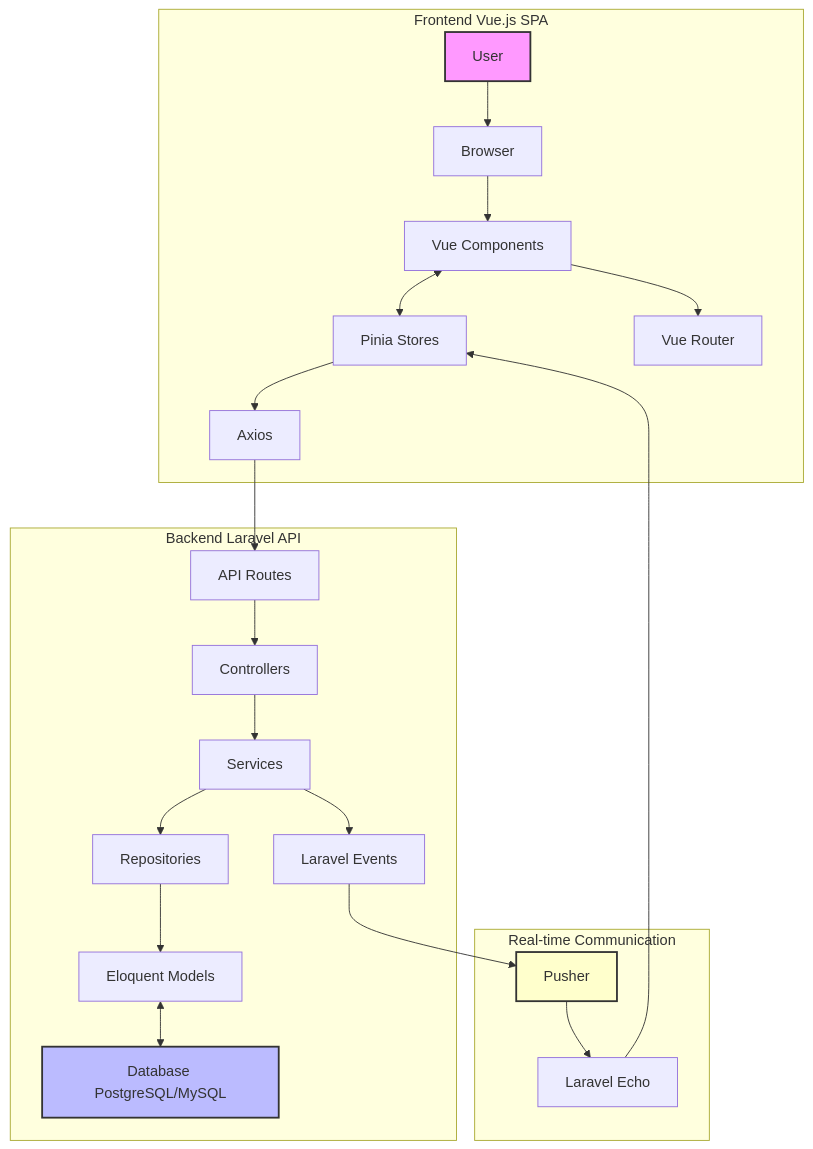
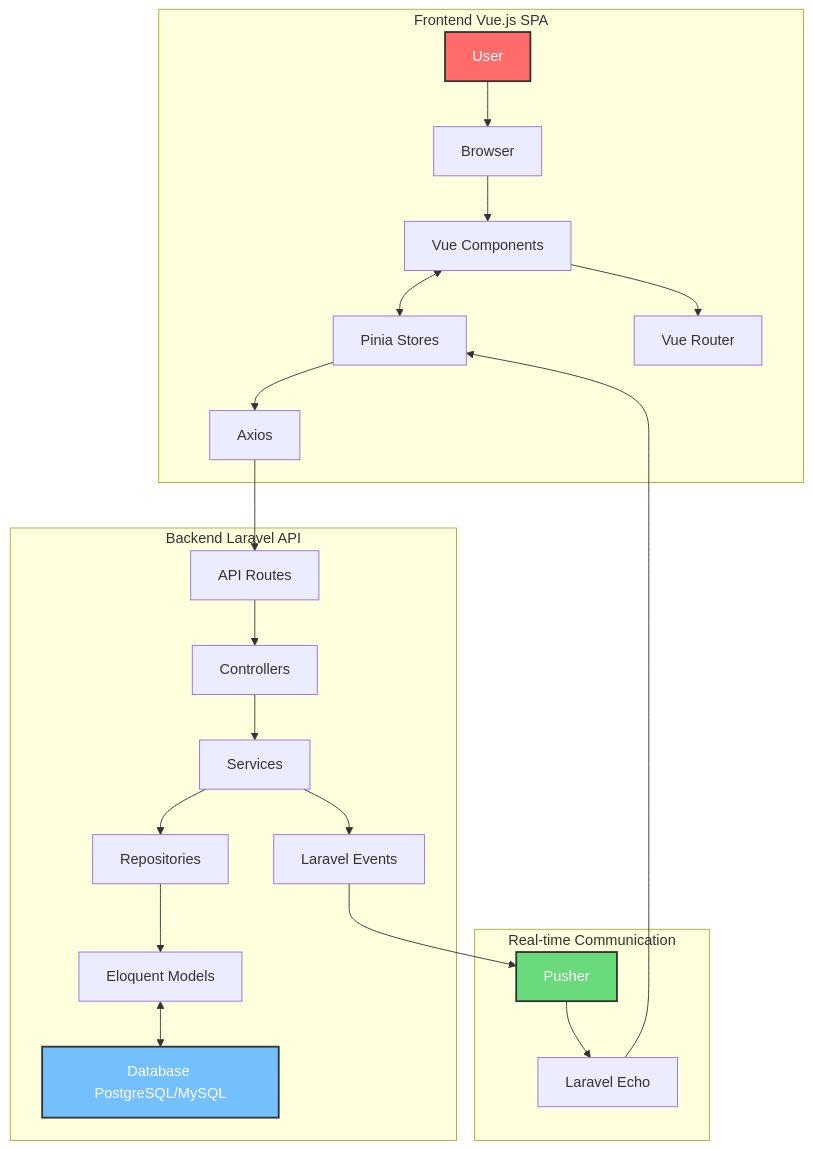
The diagram in README.md (abdellatif-laghjaj/todo-list-test), drawn with Mermaid before and after one commit.

````diff
--- a/README.md
+++ b/README.md
@@ -74,31 +74,31 @@
 ```mermaid
 graph TD
     subgraph "Frontend Vue.js SPA"
         A[User] --> B[Browser]
         B --> C[Vue Components]
         C <--> D[Pinia Stores]
         C --> E[Vue Router]
         D --> F[Axios]
     end
 
     subgraph "Backend Laravel API"
         G[API Routes] --> H[Controllers]
         H --> I[Services]
         I --> J[Repositories]
         J --> K[Eloquent Models]
         K <--> L[Database PostgreSQL/MySQL]
         I --> M[Laravel Events]
     end
 
     subgraph "Real-time Communication"
         M --> N[Pusher]
         N --> O[Laravel Echo]
     end
 
     F --> G
     O --> D
 
-    style A fill:#f9f,stroke:#333,stroke-width:2px
-    style L fill:#bbf,stroke:#333,stroke-width:2px
-    style N fill:#ffc,stroke:#333,stroke-width:2px
+    style A fill:#ff6b6b,stroke:#333,stroke-width:2px,color:#fff
+    style L fill:#74c0fc,stroke:#333,stroke-width:2px,color:#fff
+    style N fill:#69db7c,stroke:#333,stroke-width:2px,color:#fff
 ```
````
